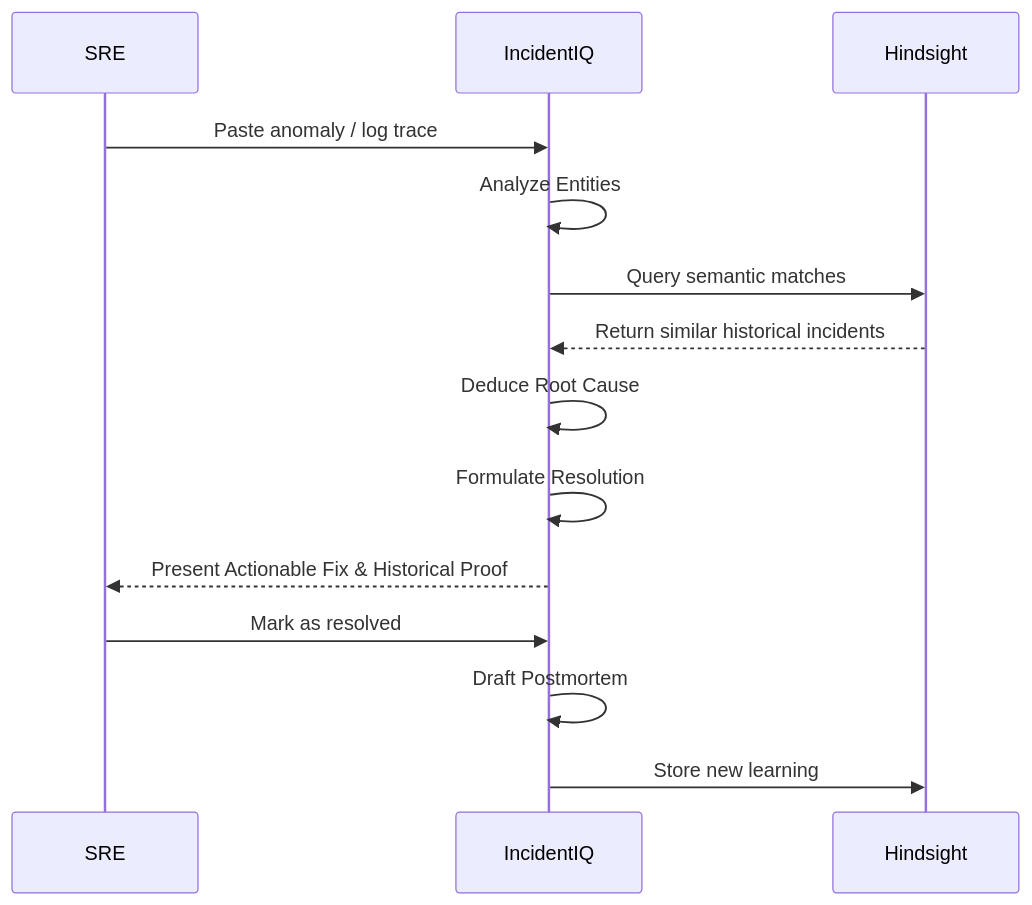
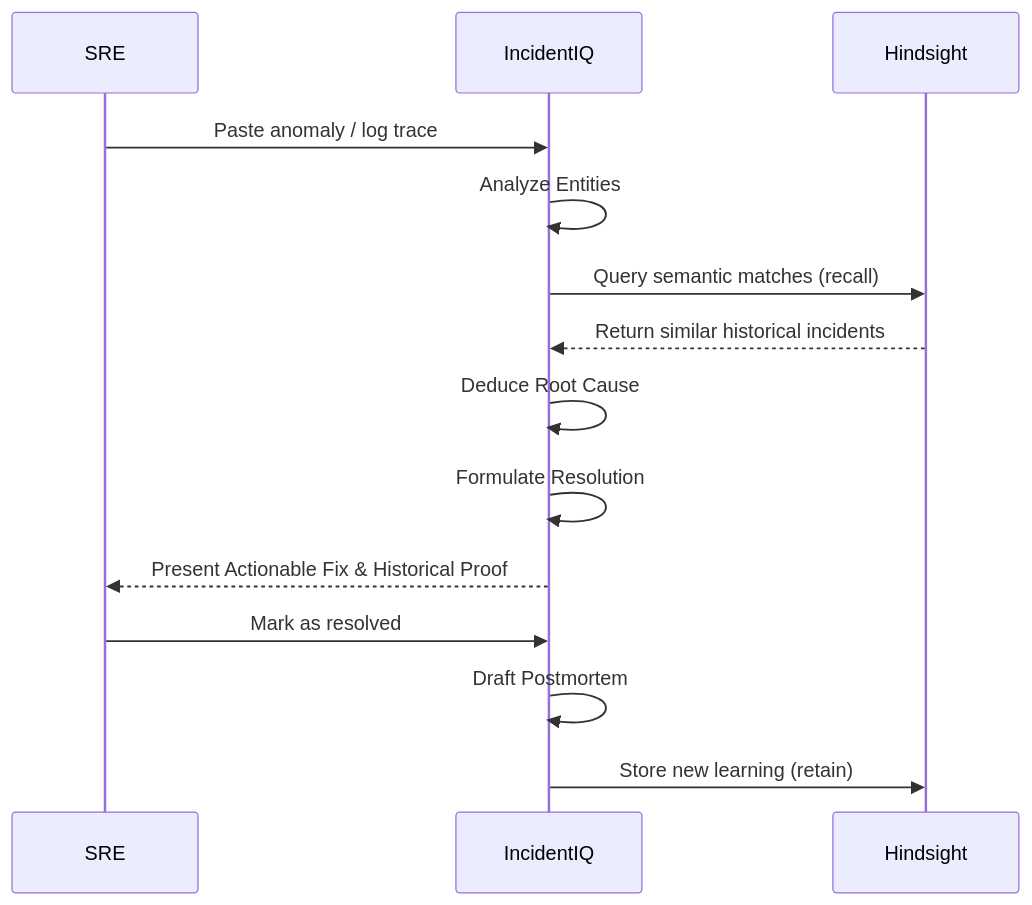
One commit to karanscosmo/IncidentIQ changed the second of 2 diagrams in README.md. Above: the diagram before and after it, drawn with Mermaid. The commit also changed other lines of this file and 1 other file, not shown here.

````diff
--- a/README.md
+++ b/README.md
@@ -83,17 +96,17 @@
 ```mermaid
 sequenceDiagram
     participant SRE
     participant IncidentIQ
     participant Hindsight
     
     SRE->>IncidentIQ: Paste anomaly / log trace
     IncidentIQ->>IncidentIQ: Analyze Entities
-    IncidentIQ->>Hindsight: Query semantic matches
+    IncidentIQ->>Hindsight: Query semantic matches (recall)
     Hindsight-->>IncidentIQ: Return similar historical incidents
     IncidentIQ->>IncidentIQ: Deduce Root Cause
     IncidentIQ->>IncidentIQ: Formulate Resolution
     IncidentIQ-->>SRE: Present Actionable Fix & Historical Proof
     SRE->>IncidentIQ: Mark as resolved
     IncidentIQ->>IncidentIQ: Draft Postmortem
-    IncidentIQ->>Hindsight: Store new learning
+    IncidentIQ->>Hindsight: Store new learning (retain)
 ```
````
